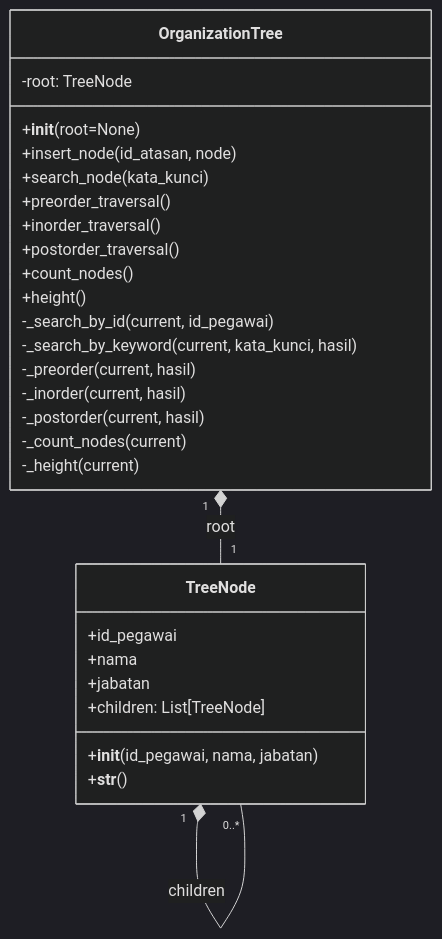
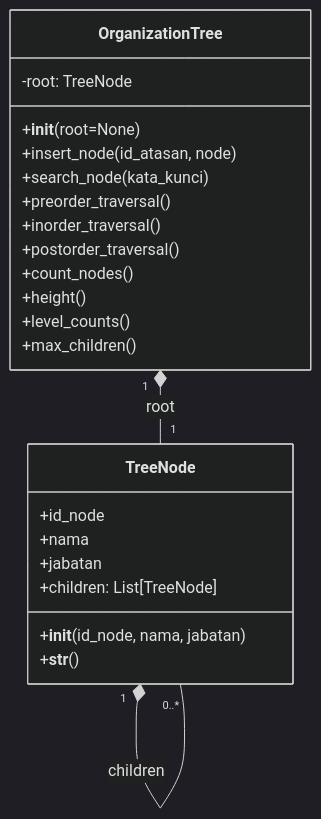
The diagram in docs/class_diagram.md (ronaldalbertt/Project1b-SilsilahOrganisasiKampus), drawn with Mermaid (dark theme) before and after one commit. The commit also changed other lines of this file and 9 other files, not shown here.

````diff
--- a/docs/class_diagram.md
+++ b/docs/class_diagram.md
@@ -5,33 +3,28 @@
 ```mermaid
 classDiagram
     class TreeNode {
-        +id_pegawai
+        +id_node
         +nama
         +jabatan
         +children: List[TreeNode]
-        +__init__(id_pegawai, nama, jabatan)
+        +__init__(id_node, nama, jabatan)
         +__str__()
     }
 
     class OrganizationTree {
         -root: TreeNode
         +__init__(root=None)
         +insert_node(id_atasan, node)
         +search_node(kata_kunci)
         +preorder_traversal()
         +inorder_traversal()
         +postorder_traversal()
         +count_nodes()
         +height()
-        -_search_by_id(current, id_pegawai)
-        -_search_by_keyword(current, kata_kunci, hasil)
-        -_preorder(current, hasil)
-        -_inorder(current, hasil)
-        -_postorder(current, hasil)
-        -_count_nodes(current)
-        -_height(current)
+        +level_counts()
+        +max_children()
     }
 
     OrganizationTree "1" *-- "1" TreeNode : root
     TreeNode "1" *-- "0..*" TreeNode : children
 ```
````
